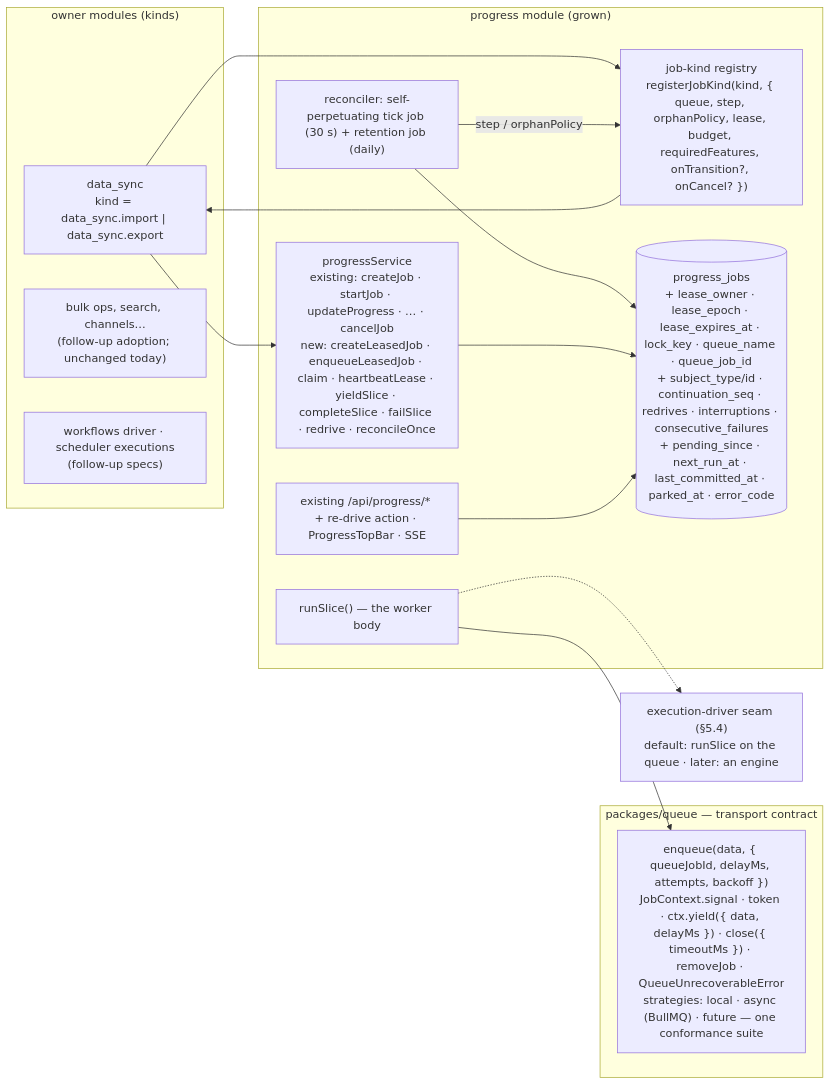
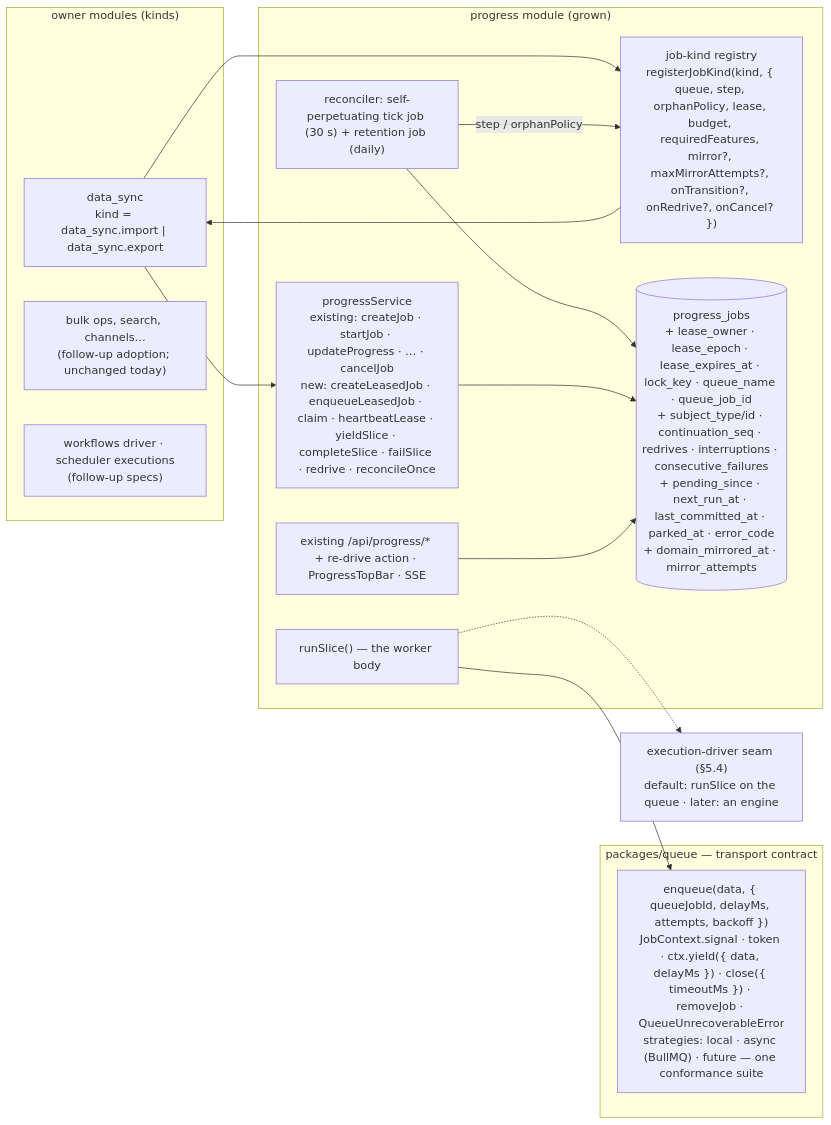
The diagram in .ai/specs/2026-08-21-background-work-04-solution.md (open-mercato/open-mercato), drawn with Mermaid before and after one commit. The commit also changed other lines of this file and 5 other files, not shown here.

First line of the commit message:
docs(specs): round 1 — onRedrive re-opens the domain row, durable mirror_attempts counter, audited redrive

````diff
--- a/.ai/specs/2026-08-21-background-work-04-solution.md
+++ b/.ai/specs/2026-08-21-background-work-04-solution.md
@@ -108,27 +108,27 @@
 ```mermaid
 flowchart LR
   subgraph Owners["owner modules (kinds)"]
     DS["data_sync<br/>kind = data_sync.import | data_sync.export"]
     BULK["bulk ops, search, channels…<br/>(follow-up adoption; unchanged today)"]
     WF["workflows driver · scheduler executions<br/>(follow-up specs)"]
   end
   subgraph P["progress module (grown)"]
     SVC["progressService<br/>existing: createJob · startJob · updateProgress · … · cancelJob<br/>new: createLeasedJob · enqueueLeasedJob · claim · heartbeatLease · yieldSlice · completeSlice · failSlice · redrive · reconcileOnce"]
-    REG["job-kind registry<br/>registerJobKind(kind, { queue, step, orphanPolicy, lease, budget, requiredFeatures, onTransition?, onCancel? })"]
+    REG["job-kind registry<br/>registerJobKind(kind, { queue, step, orphanPolicy, lease, budget, requiredFeatures, mirror?, maxMirrorAttempts?, onTransition?, onRedrive?, onCancel? })"]
     SLICE["runSlice() — the worker body"]
     REC["reconciler: self-perpetuating tick job (30 s) + retention job (daily)"]
-    T[("progress_jobs<br/>+ lease_owner · lease_epoch · lease_expires_at · lock_key · queue_name · queue_job_id<br/>+ subject_type/id · continuation_seq · redrives · interruptions · consecutive_failures<br/>+ pending_since · next_run_at · last_committed_at · parked_at · error_code")]
+    T[("progress_jobs<br/>+ lease_owner · lease_epoch · lease_expires_at · lock_key · queue_name · queue_job_id<br/>+ subject_type/id · continuation_seq · redrives · interruptions · consecutive_failures<br/>+ pending_since · next_run_at · last_committed_at · parked_at · error_code<br/>+ domain_mirrored_at · mirror_attempts")]
     API["existing /api/progress/* + re-drive action · ProgressTopBar · SSE"]
   end
   subgraph Q["packages/queue — transport contract"]
     QQ["enqueue(data, { queueJobId, delayMs, attempts, backoff })<br/>JobContext.signal · token · ctx.yield({ data, delayMs }) · close({ timeoutMs }) · removeJob · QueueUnrecoverableError<br/>strategies: local · async (BullMQ) · future — one conformance suite"]
   end
   DRV["execution-driver seam (§5.4)<br/>default: runSlice on the queue · later: an engine"]
   DS --> SVC & REG
   SLICE --> QQ
   REC --> T
   REC -->|step / orphanPolicy| REG --> DS
   SVC --> T
   API --> T
   SLICE -.-> DRV
 ```
````
